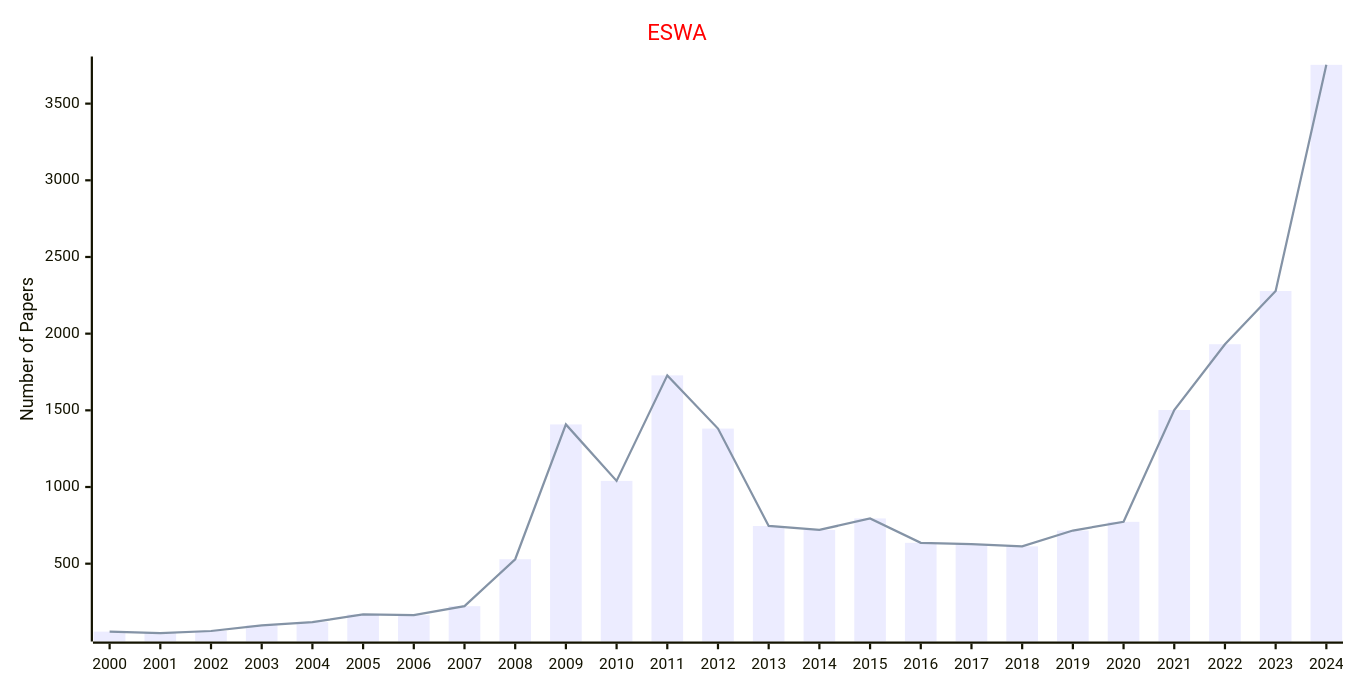
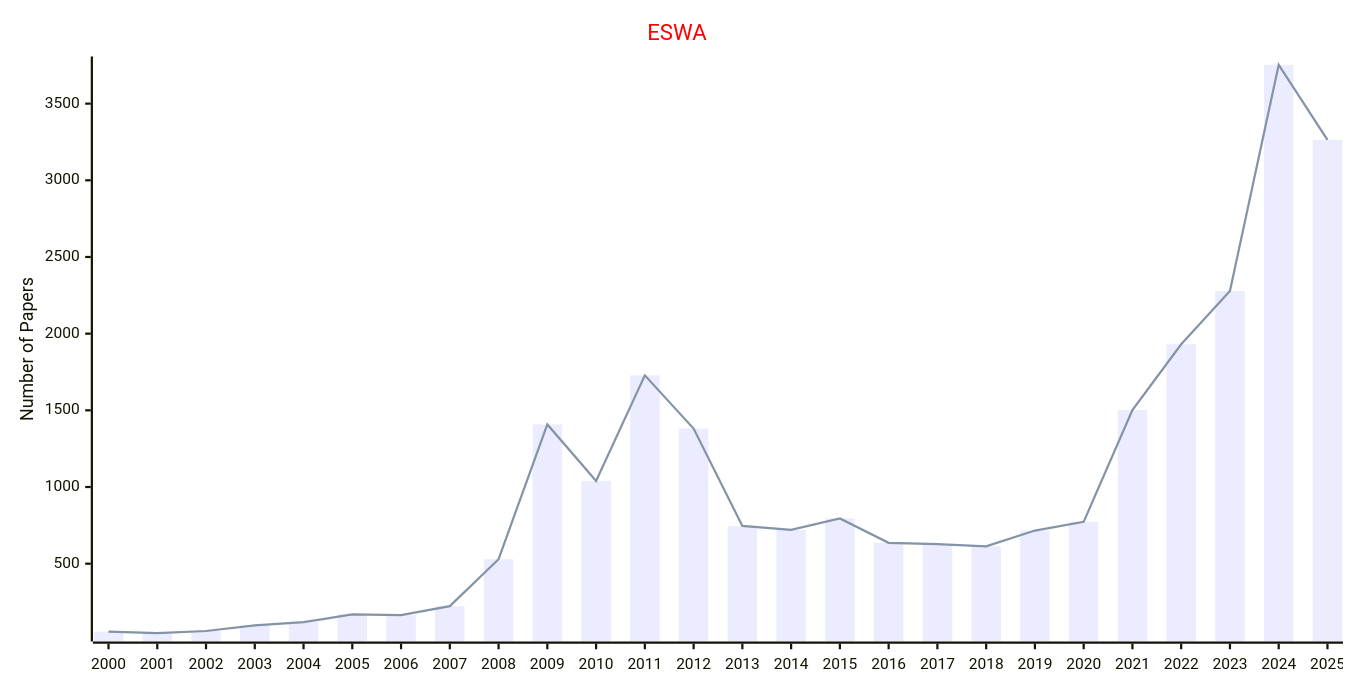
Before and after one commit to Easy-PhD/AILinks: the seventh of 27 diagrams in docs/data/Journals/Statistics_Journals/Artificial_Intelligence.md, drawn with Mermaid. The commit also changed other lines of this file and 107 other files, not shown here.

````diff
--- a/docs/data/Journals/Statistics_Journals/Artificial_Intelligence.md
+++ b/docs/data/Journals/Statistics_Journals/Artificial_Intelligence.md
@@ -153,17 +153,17 @@
 ```mermaid
 ---
 config:
     xyChart:
         width: 1200
         height: 600
     themeVariables:
         xyChart:
             titleColor: "#ff0000"
 ---
 xychart-beta
     title "ESWA"
-    x-axis [2000, 2001, 2002, 2003, 2004, 2005, 2006, 2007, 2008, 2009, 2010, 2011, 2012, 2013, 2014, 2015, 2016, 2017, 2018, 2019, 2020, 2021, 2022, 2023, 2024]
+    x-axis [2000, 2001, 2002, 2003, 2004, 2005, 2006, 2007, 2008, 2009, 2010, 2011, 2012, 2013, 2014, 2015, 2016, 2017, 2018, 2019, 2020, 2021, 2022, 2023, 2024, 2025]
     y-axis "Number of Papers"
-    bar [57, 47, 61, 98, 119, 169, 164, 223, 529, 1408, 1040, 1728, 1381, 746, 720, 795, 636, 627, 613, 716, 773, 1502, 1931, 2278, 3753]
-    line [57, 47, 61, 98, 119, 169, 164, 223, 529, 1408, 1040, 1728, 1381, 746, 720, 795, 636, 627, 613, 716, 773, 1502, 1931, 2278, 3753]
+    bar [57, 47, 61, 98, 119, 169, 164, 223, 529, 1408, 1040, 1728, 1381, 746, 720, 795, 636, 627, 613, 716, 773, 1502, 1931, 2278, 3753, 3264]
+    line [57, 47, 61, 98, 119, 169, 164, 223, 529, 1408, 1040, 1728, 1381, 746, 720, 795, 636, 627, 613, 716, 773, 1502, 1931, 2278, 3753, 3264]
 ```
````
